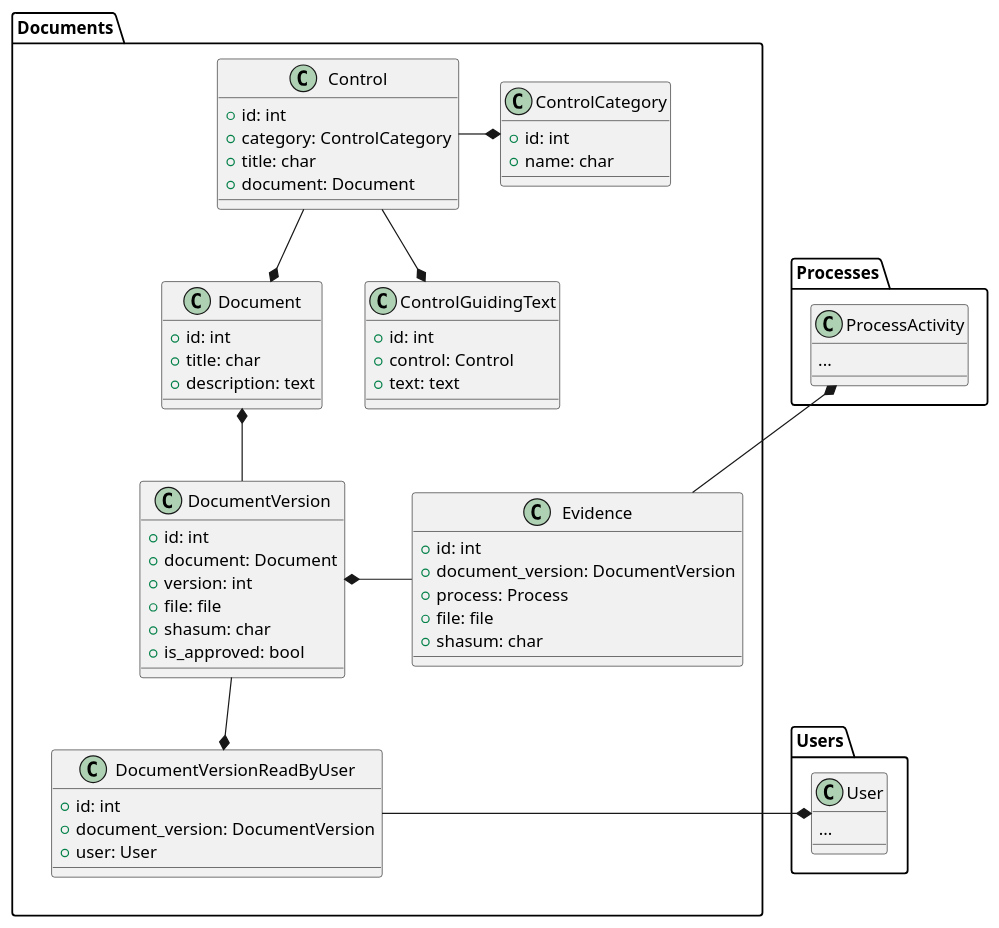
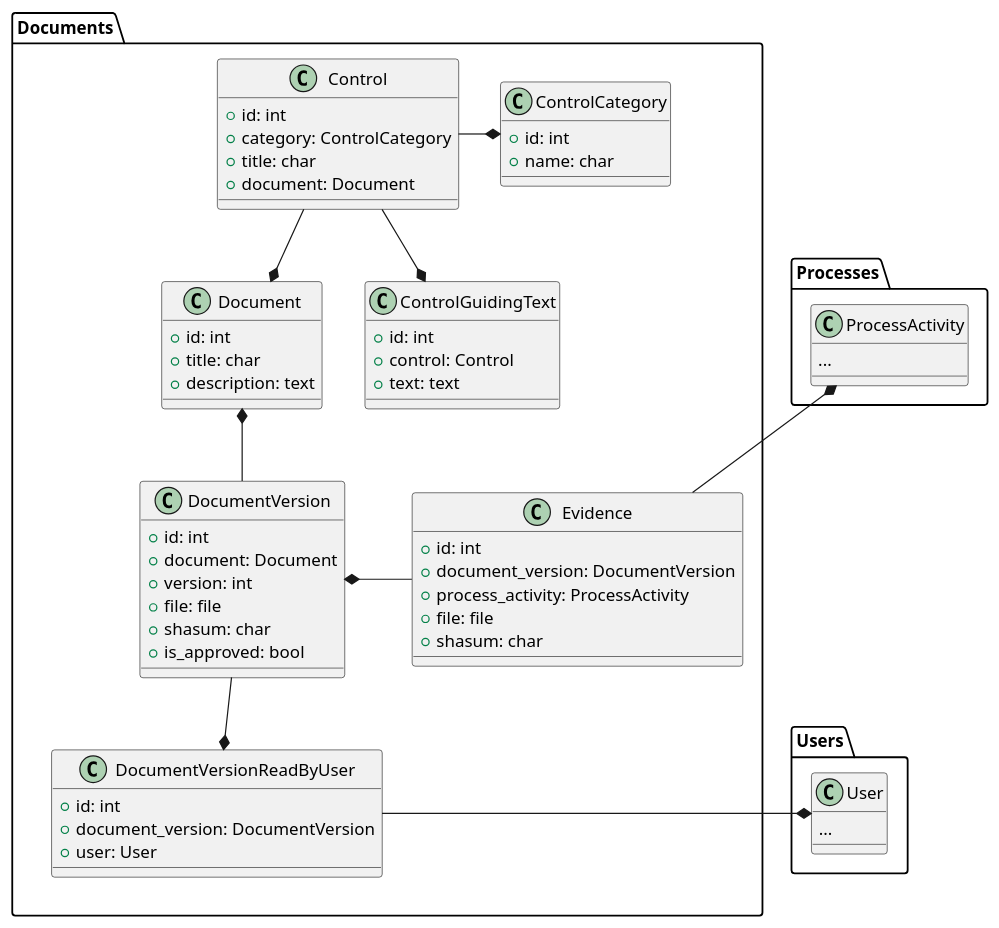
The first of 4 diagrams in docs/rfc/InitialModellingRFC.md (Gabo-araya/sgsi_ext), drawn with PlantUML before and after one commit. The commit also changed other lines of this file and 59 other files, not shown here.

````diff
--- a/docs/rfc/InitialModellingRFC.md
+++ b/docs/rfc/InitialModellingRFC.md
@@ -18,65 +17,65 @@
 ```plantuml
 package Documents {
     together {
         class Document {
             + id: int
             + title: char
             + description: text
         }
         together {
             class DocumentVersion {
                 + id: int
                 + document: Document
                 + version: int
                 + file: file
                 + shasum: char
                 + is_approved: bool
             }
             class DocumentVersionReadByUser {
                 + id: int
                 + document_version: DocumentVersion
                 + user: User
             }
         }
     }
     class Control {
         + id: int
         + category: ControlCategory
         + title: char
         + document: Document
     }
     class ControlGuidingText {
         + id: int
         + control: Control
         + text: text
     }
     class ControlCategory {
         + id: int
         + name: char
     }
     class Evidence {
         + id: int
         + document_version: DocumentVersion
-        + process: Process
+        + process_activity: ProcessActivity
         + file: file
         + shasum: char
     }
 }
 
 class Processes.ProcessActivity {
     ...
 }
 
 class Users.User {
     ...
 }
 
 Documents.Control --* Documents.Document
 Documents.Control -* Documents.ControlCategory
 Documents.Control --* Documents.ControlGuidingText
 Documents.DocumentVersion -up-* Documents.Document
 Documents.DocumentVersion --* Documents.DocumentVersionReadByUser
 Documents.Evidence -up-* Processes.ProcessActivity
 Documents.Evidence -* Documents.DocumentVersion
 Documents.DocumentVersionReadByUser -* Users.User
 ```
````
